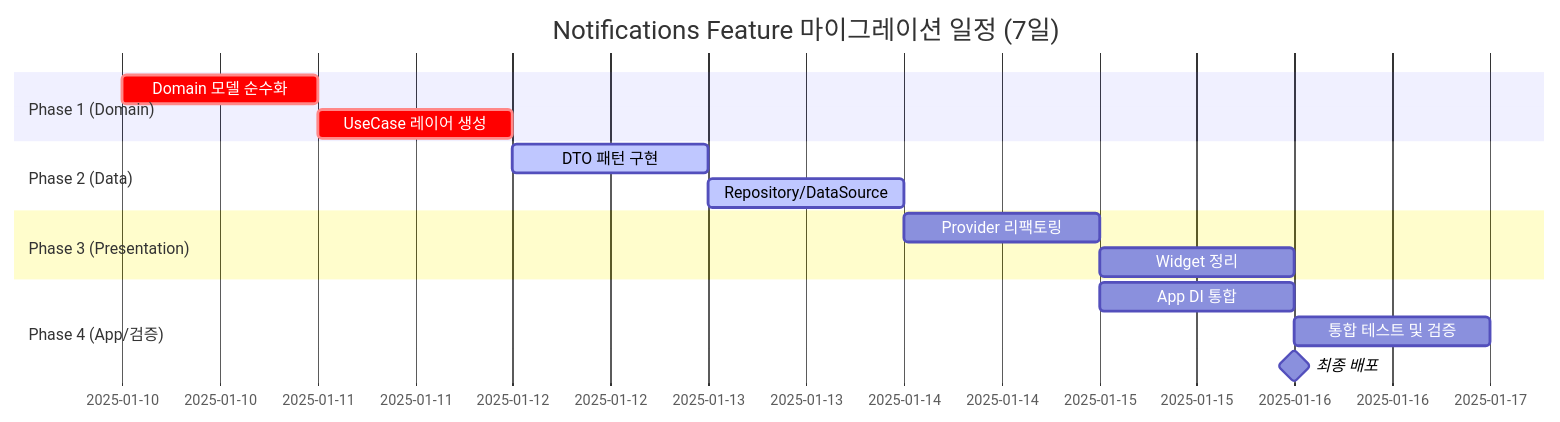
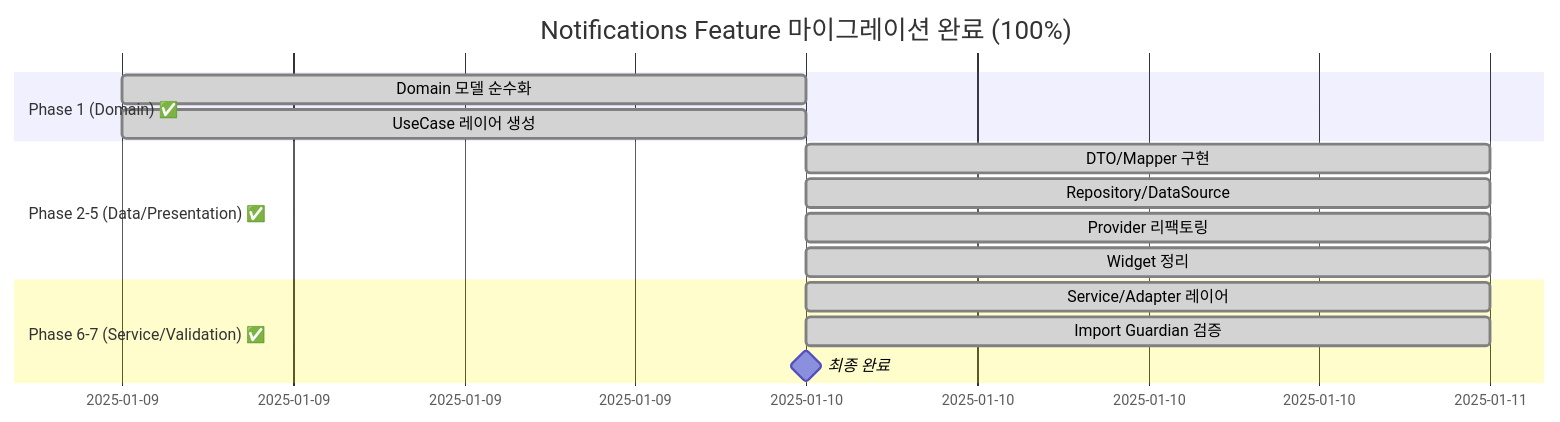
The first of 2 diagrams in lib/features/notifications/MASTER_MIGRATION_GUIDE.md (gblack84/versus-cursor), drawn with Mermaid before and after one commit. The commit also changed other lines of this file and 15 other files, not shown here.

First line of the commit message:
📚 docs(notifications): 문서 동기화 및 100% Clean Architecture 달성 확인

````diff
--- a/lib/features/notifications/MASTER_MIGRATION_GUIDE.md
+++ b/lib/features/notifications/MASTER_MIGRATION_GUIDE.md
@@ -59,22 +78,20 @@
 ```mermaid
 gantt
-    title Notifications Feature 마이그레이션 일정 (7일)
+    title Notifications Feature 마이그레이션 완료 (100%)
     dateFormat  YYYY-MM-DD
     
-    section Phase 1 (Domain)
-    Domain 모델 순수화       :crit, p1a, 2025-01-10, 1d
-    UseCase 레이어 생성      :crit, p1b, 2025-01-11, 1d
+    section Phase 1 (Domain) ✅
+    Domain 모델 순수화       :done, p1a, 2025-01-09, 1d
+    UseCase 레이어 생성      :done, p1b, 2025-01-09, 1d
     
-    section Phase 2 (Data)
-    DTO 패턴 구현           :active, p2a, 2025-01-12, 1d
-    Repository/DataSource    :active, p2b, 2025-01-13, 1d
+    section Phase 2-5 (Data/Presentation) ✅
+    DTO/Mapper 구현         :done, p2a, 2025-01-10, 0.5d
+    Repository/DataSource   :done, p2b, 2025-01-10, 0.5d
+    Provider 리팩토링       :done, p3a, 2025-01-10, 0.5d
+    Widget 정리            :done, p3b, 2025-01-10, 0.5d
     
-    section Phase 3 (Presentation)
-    Provider 리팩토링        :p3a, 2025-01-14, 1d
-    Widget 정리             :p3b, 2025-01-15, 0.5d
-    
-    section Phase 4 (App/검증)
-    App DI 통합             :p4a, 2025-01-15, 0.5d
-    통합 테스트 및 검증      :p4b, 2025-01-16, 0.5d
-    최종 배포               :milestone, m1, 2025-01-16, 0d
+    section Phase 6-7 (Service/Validation) ✅
+    Service/Adapter 레이어  :done, p6, 2025-01-10, 0.5d
+    Import Guardian 검증    :done, p7, 2025-01-10, 0.5d
+    최종 완료              :milestone, m1, 2025-01-10, 0d
 ```
````
